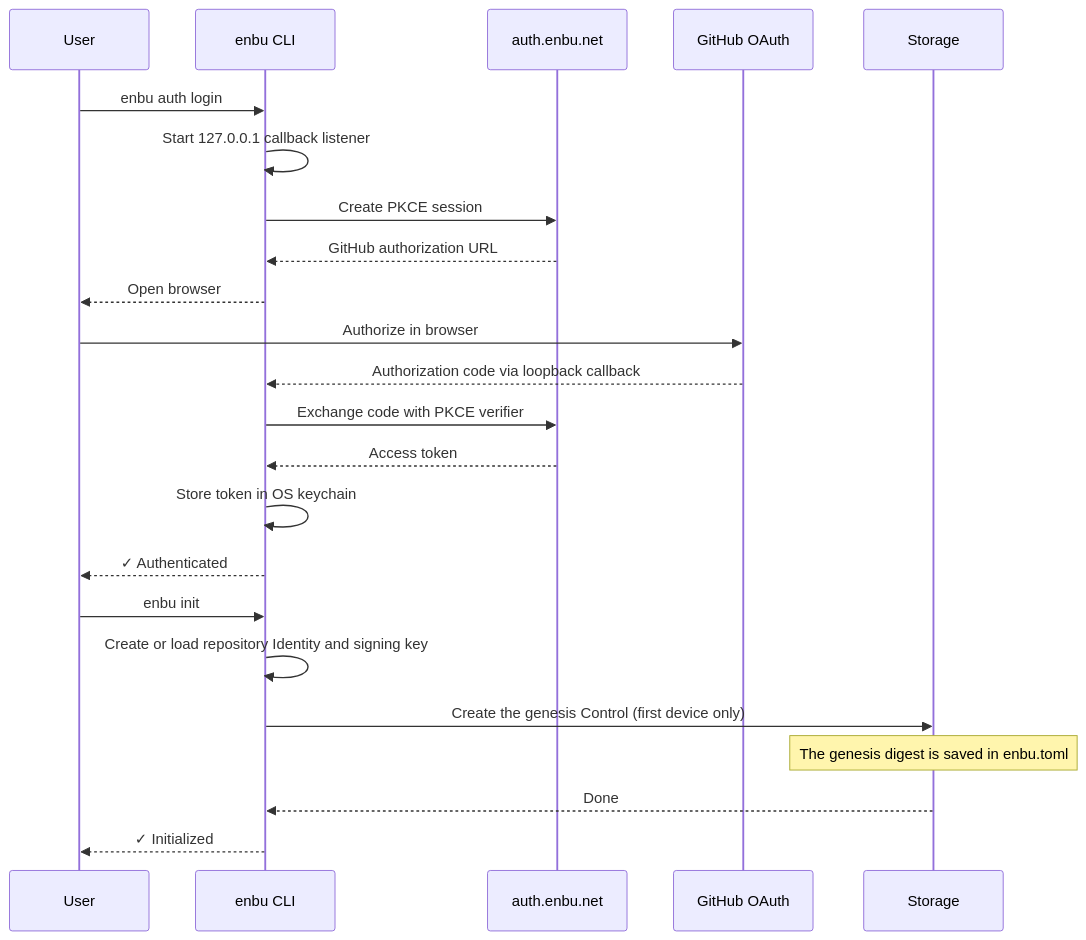
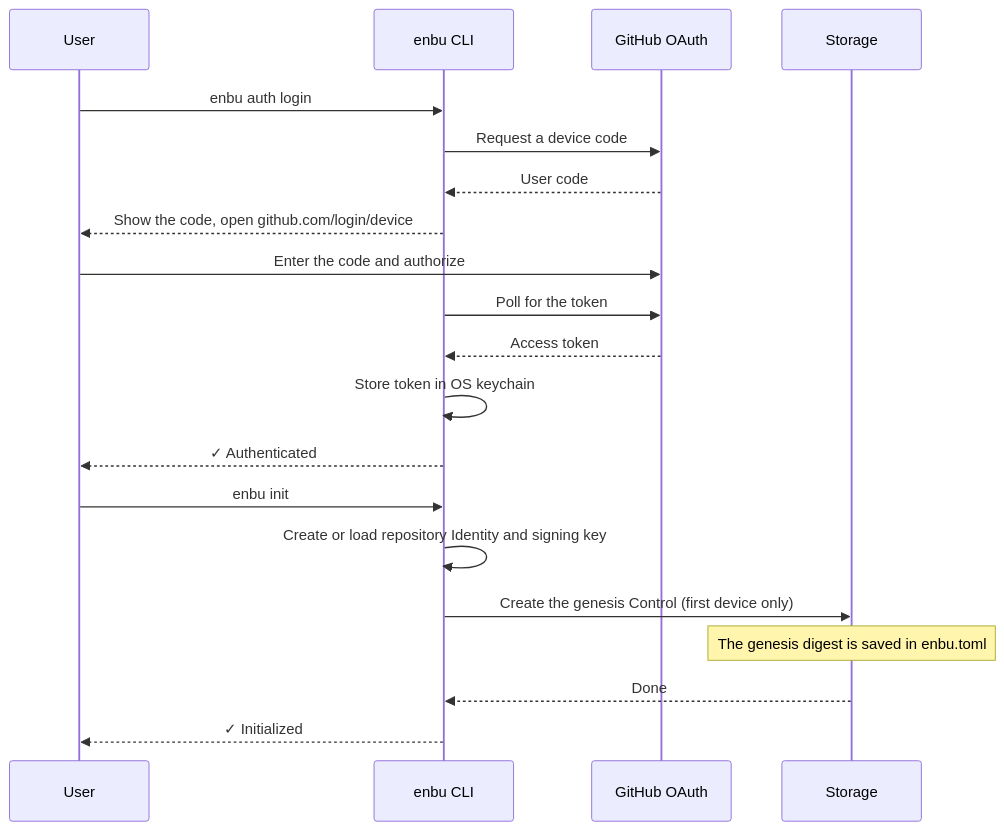
One commit to enbu-net/enbu changed the first of 3 diagrams in README.md. Above: the diagram before and after it, drawn with Mermaid. The commit also changed other lines of this file and 65 other files, not shown here.

First line of the commit message:
refactor: split large files, finish atomic writes, sign in with Device Flow only (#687)

````diff
--- a/README.md
+++ b/README.md
@@ -451,27 +452,24 @@
 ```mermaid
 sequenceDiagram
     participant User
     participant CLI as enbu CLI
-    participant Auth as auth.enbu.net
     participant GitHub as GitHub OAuth
     participant GHCR as Storage
 
     User->>CLI: enbu auth login
-    CLI->>CLI: Start 127.0.0.1 callback listener
-    CLI->>Auth: Create PKCE session
-    Auth-->>CLI: GitHub authorization URL
-    CLI-->>User: Open browser
-    User->>GitHub: Authorize in browser
-    GitHub-->>CLI: Authorization code via loopback callback
-    CLI->>Auth: Exchange code with PKCE verifier
-    Auth-->>CLI: Access token
+    CLI->>GitHub: Request a device code
+    GitHub-->>CLI: User code
+    CLI-->>User: Show the code, open github.com/login/device
+    User->>GitHub: Enter the code and authorize
+    CLI->>GitHub: Poll for the token
+    GitHub-->>CLI: Access token
     CLI->>CLI: Store token in OS keychain
     CLI-->>User: ✓ Authenticated
 
     User->>CLI: enbu init
     CLI->>CLI: Create or load repository Identity and signing key
     CLI->>GHCR: Create the genesis Control (first device only)
     Note over GHCR: The genesis digest is saved in enbu.toml
     GHCR-->>CLI: Done
     CLI-->>User: ✓ Initialized
 ```
````
